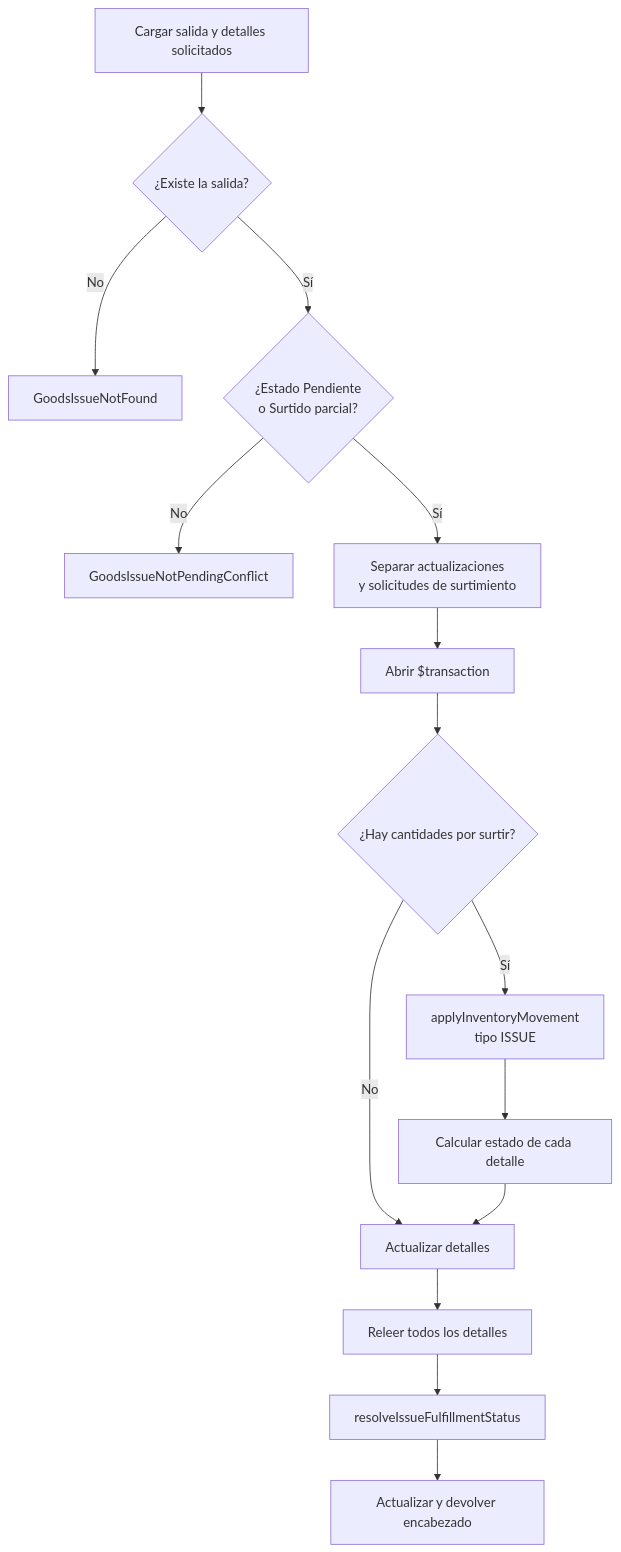
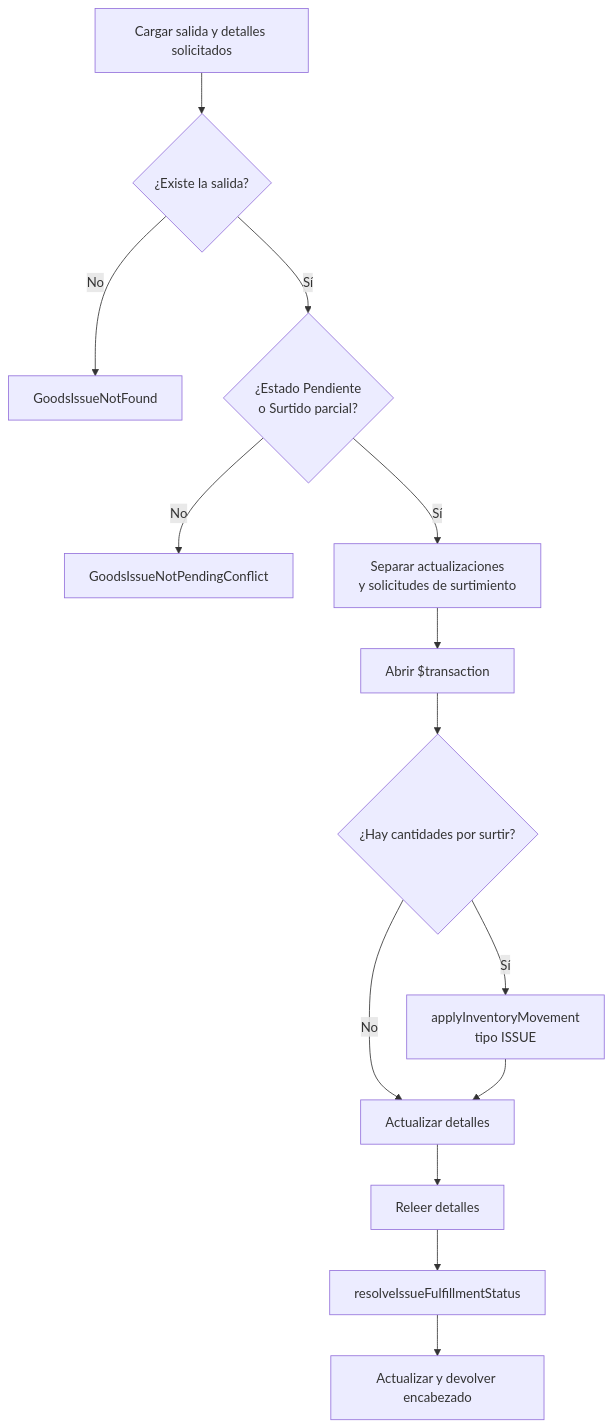
Before and after one commit to gpgsistemas01/nexus: the fourth of 4 diagrams in docs/architecture/backend-technical-documentation.md, drawn with Mermaid. The commit also changed other lines of this file and 1 other file, not shown here.

````diff
--- a/docs/architecture/backend-technical-documentation.md
+++ b/docs/architecture/backend-technical-documentation.md
@@ -247,17 +220,16 @@
 ```mermaid
 flowchart TB
     load["Cargar salida y detalles solicitados"] --> exists{"¿Existe la salida?"}
     exists -->|No| notFound["GoodsIssueNotFound"]
     exists -->|Sí| editable{"¿Estado Pendiente<br/>o Surtido parcial?"}
     editable -->|No| conflict["GoodsIssueNotPendingConflict"]
     editable -->|Sí| classify["Separar actualizaciones<br/>y solicitudes de surtimiento"]
     classify --> transaction["Abrir $transaction"]
     transaction --> supply{"¿Hay cantidades por surtir?"}
     supply -->|Sí| movement["applyInventoryMovement<br/>tipo ISSUE"]
     supply -->|No| update["Actualizar detalles"]
-    movement --> detailStatus["Calcular estado de cada detalle"]
-    detailStatus --> update
-    update --> refresh["Releer todos los detalles"]
+    movement --> update
+    update --> refresh["Releer detalles"]
     refresh --> headerStatus["resolveIssueFulfillmentStatus"]
     headerStatus --> result["Actualizar y devolver encabezado"]
 ```
````
